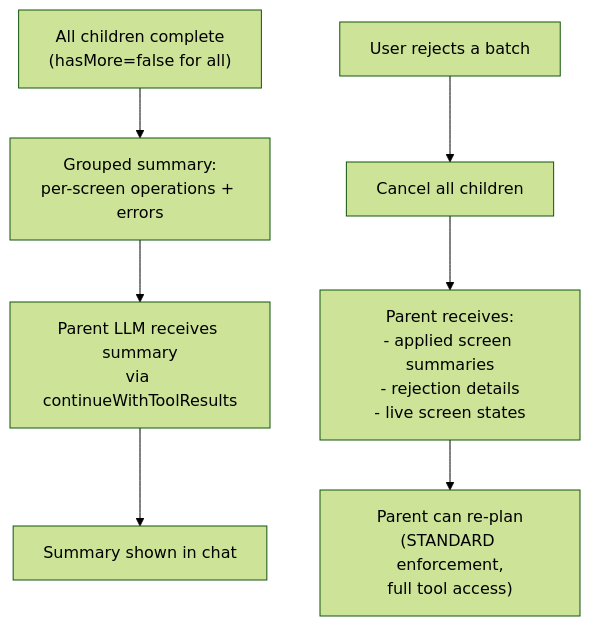
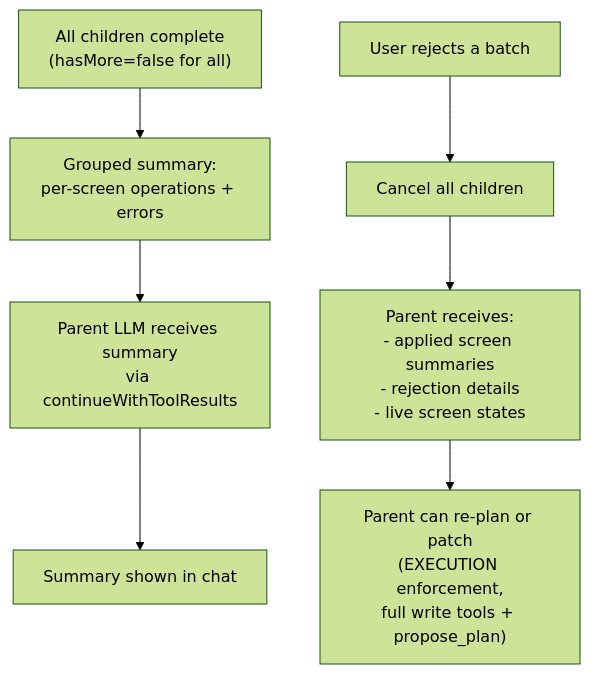
Before and after one commit to mit-cml/appinventor-sources: diagram 17 of 18 in CONTRIBUTING_AI.md, drawn with Mermaid (forest theme). The commit also changed other lines of this file, not shown here.

````diff
--- a/CONTRIBUTING_AI.md
+++ b/CONTRIBUTING_AI.md
@@ -1177,16 +1217,16 @@
 ```mermaid
 flowchart TD
     AllDone["All children complete<br/>(hasMore=false for all)"]
     Summary["Grouped summary:<br/>per-screen operations + errors"]
     Parent["Parent LLM receives summary<br/>via continueWithToolResults"]
     Chat["Summary shown in chat"]
 
     AllDone --> Summary --> Parent --> Chat
 
     Rejected["User rejects a batch"]
     Cancel["Cancel all children"]
     Context["Parent receives:<br/>- applied screen summaries<br/>- rejection details<br/>- live screen states"]
-    Replan["Parent can re-plan<br/>(STANDARD enforcement,<br/>full tool access)"]
+    Replan["Parent can re-plan or patch<br/>(EXECUTION enforcement,<br/>full write tools + propose_plan)"]
 
     Rejected --> Cancel --> Context --> Replan
 ```
````
